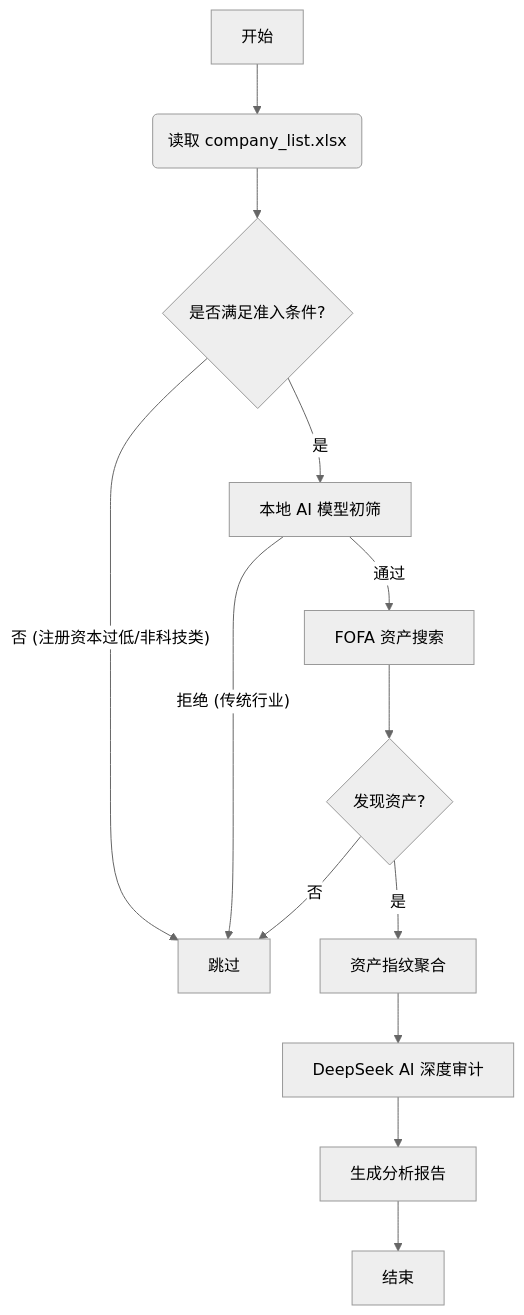
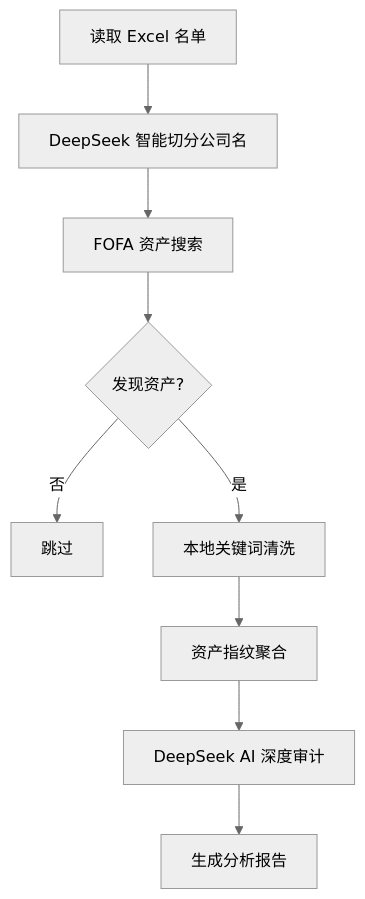
One commit to int-wc/fofa_finder_cnvd changed the diagram in README.md. Above: the diagram before and after it, drawn with Mermaid (neutral theme). The commit also changed other lines of this file and 1 other file, not shown here.

````diff
--- a/README.md
+++ b/README.md
@@ -80,15 +18,11 @@
 ```mermaid
 graph TD
-    A[开始] --> B(读取 company_list.xlsx);
-    B --> C{是否满足准入条件?};
-    C -- 否 (注册资本过低/非科技类) --> D[跳过];
-    C -- 是 --> E[本地 AI 模型初筛];
-    E -- 拒绝 (传统行业) --> D;
-    E -- 通过 --> F[FOFA 资产搜索];
-    F --> G{发现资产?};
-    G -- 否 --> D;
-    G -- 是 --> H[资产指纹聚合];
-    H --> I[DeepSeek AI 深度审计];
-    I --> J[生成分析报告];
-    J --> K[结束];
+    A[读取 Excel 名单] --> B[DeepSeek 智能切分公司名];
+    B --> C[FOFA 资产搜索];
+    C --> D{发现资产?};
+    D -- 否 --> E[跳过];
+    D -- 是 --> F[本地关键词清洗];
+    F --> G[资产指纹聚合];
+    G --> H[DeepSeek AI 深度审计];
+    H --> I[生成分析报告];
 ```
````
